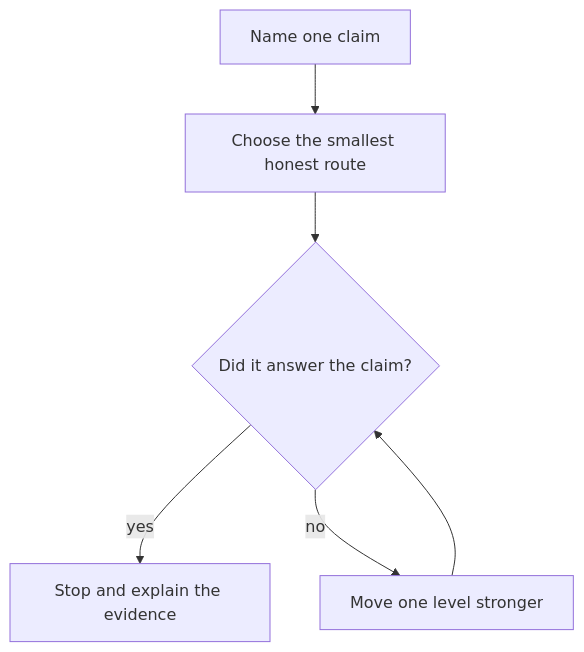
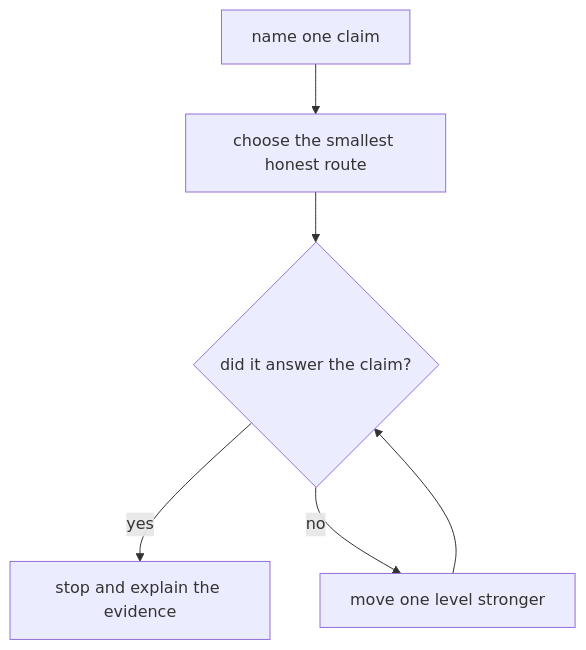
One commit to bijux/bijux-masterclass changed the diagram in programs/reproducible-research/deep-dive-snakemake/course-book/guides/proof-ladder.md. Above: the diagram before and after it, drawn with Mermaid. The commit also changed other lines of this file and 2 other files, not shown here.

Commit message:
docs(snakemake): strengthen proof route guidance

````diff
--- a/programs/reproducible-research/deep-dive-snakemake/course-book/guides/proof-ladder.md
+++ b/programs/reproducible-research/deep-dive-snakemake/course-book/guides/proof-ladder.md
@@ -48,8 +53,8 @@
 ```mermaid
 flowchart TD
-  claim["Name one claim"] --> small["Choose the smallest honest route"]
-  small --> enough{"Did it answer the claim?"}
-  enough -- yes --> stop["Stop and explain the evidence"]
-  enough -- no --> stronger["Move one level stronger"]
+  claim["name one claim"] --> small["choose the smallest honest route"]
+  small --> enough{"did it answer the claim?"}
+  enough -- yes --> stop["stop and explain the evidence"]
+  enough -- no --> stronger["move one level stronger"]
   stronger --> enough
 ```
````
